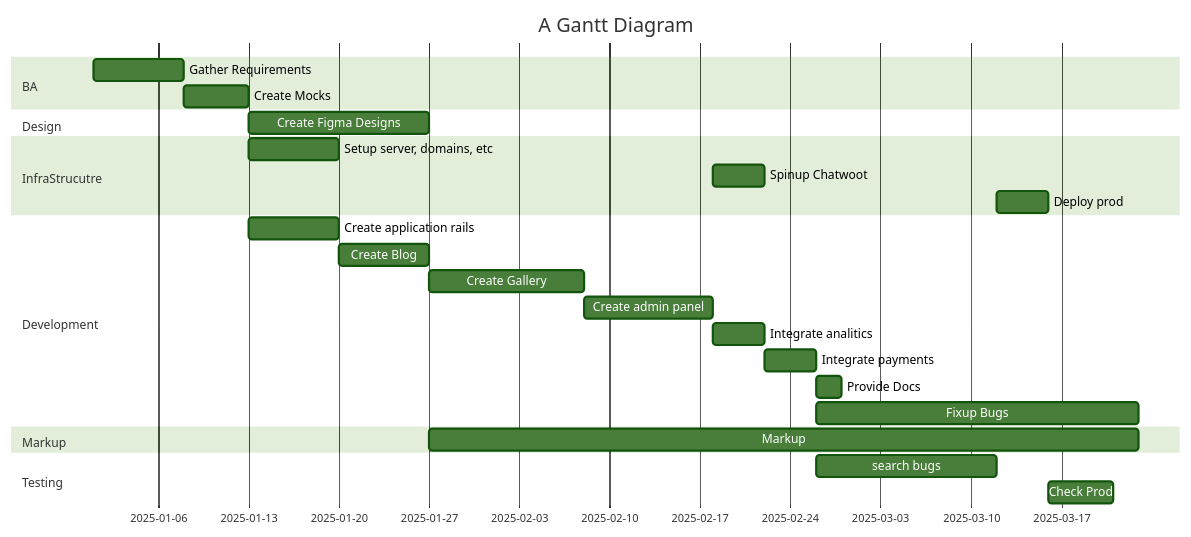
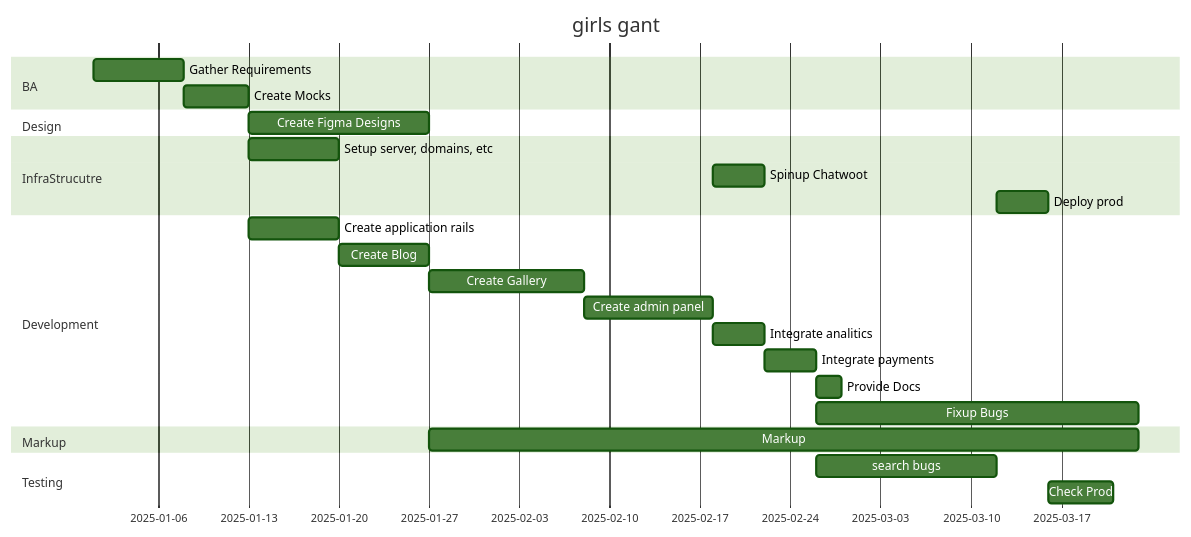
Before and after one commit to nosovk/flowershow: the diagram in content/NA/Sales/girls.md, drawn with Mermaid (forest theme). The commit also changed other lines of this file, not shown here.

Commit message:
Update content content/NA/Sales/girls.md

````diff
--- a/content/NA/Sales/girls.md
+++ b/content/NA/Sales/girls.md
@@ -53,31 +53,31 @@
 ```mermaid
 gantt
-    title A Gantt Diagram
-    dateFormat YYYY-MM-DD
+    title girls gant
+    dateFormat MM-DD
     tickInterval 1week
     weekday monday
     section BA
         Gather Requirements :ba1, 2025-01-01, 7d
         Create Mocks        :ba2, after ba1, 5d
     section Design
 		Create Figma Designs :d1, after ba2, 14d 
 	section InfraStrucutre
 		Setup server, domains, etc: i1, after ba2, 7d
 		Spinup Chatwoot: i2, after dev4, 4d
 		Deploy prod: i3, after qa1, 4d
 	section Development
 		Create application rails: dev1, after ba2, 7d
 		Create Blog: dev2, after dev1, 7d
 		Create Gallery: dev3, after dev2, 12d
 		Create admin panel: dev4, after dev3, 10d
 		Integrate analitics: dev5, after dev4, 4d
 		Integrate payments: dev6, after dev5, 4d 
 		Provide Docs: dev7, after dev6, 2d
 		Fixup Bugs: dev8, after dev6, 25d
 	section Markup
 		Markup: m1, after dev2, 55d
 	section Testing
 	    search bugs: qa1, after dev6, 14d
 	    Check Prod: qa2, after i3, 5d
 		
 ```
````
